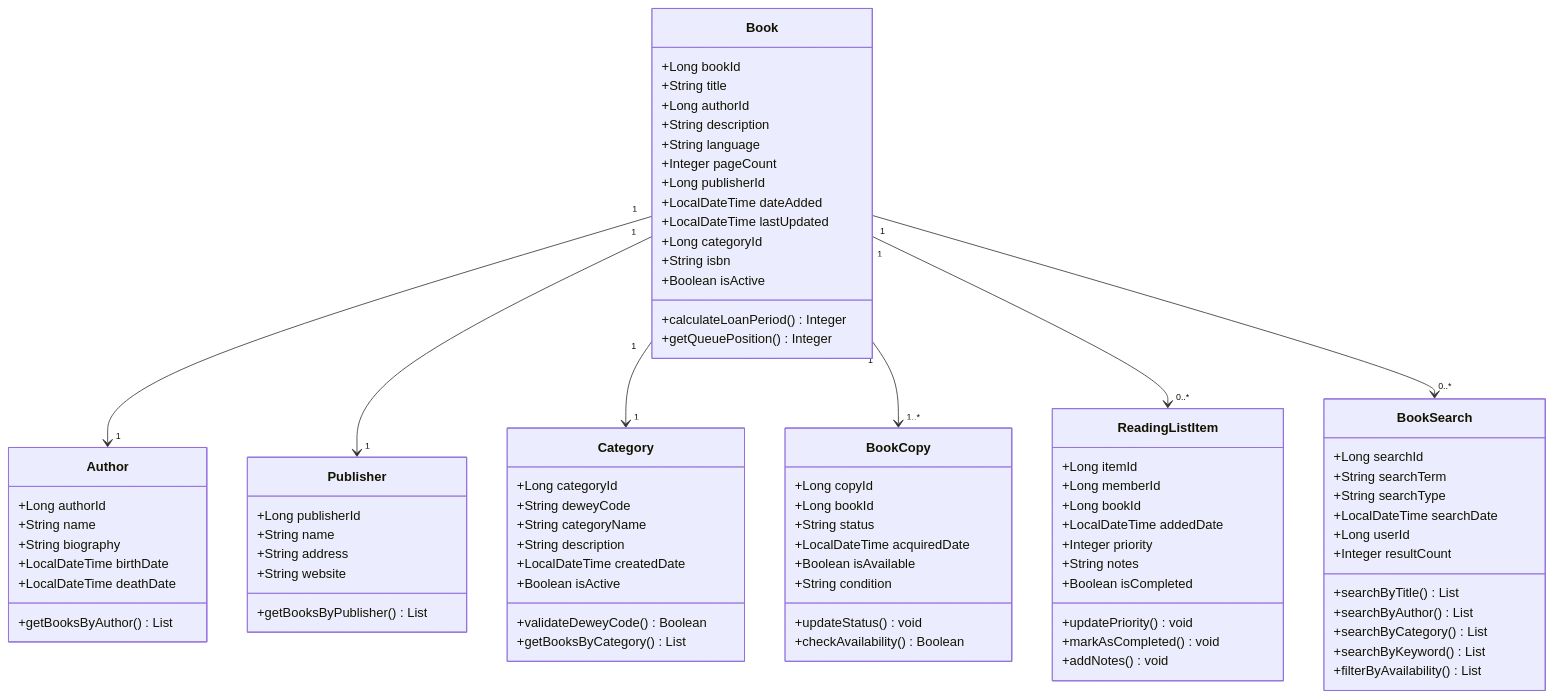
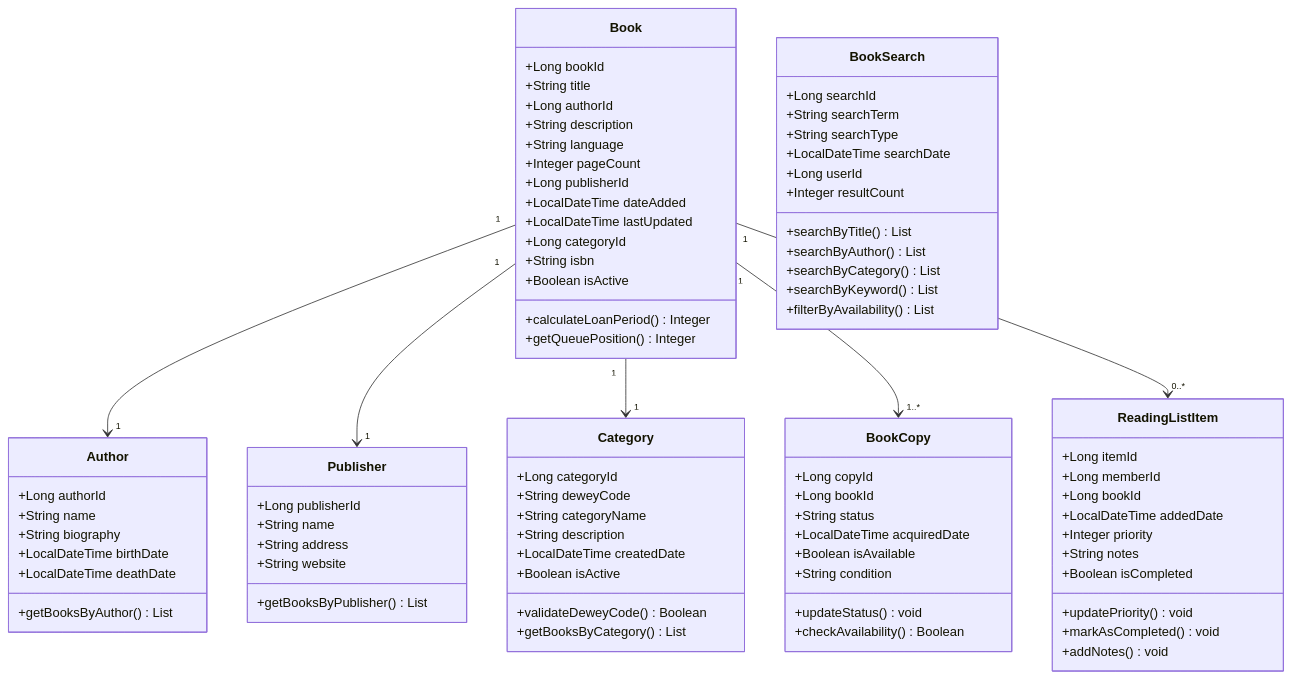
The diagram in uml-diagrams/02-book-inventory-class-diagram.mmd (cagricakmaktepe/davon-library-system), drawn with Mermaid before and after one commit. The commit also changed 2 other files, not shown here.

Commit message:
uml değişikliklikleri

```diff
--- a/uml-diagrams/02-book-inventory-class-diagram.mmd
+++ b/uml-diagrams/02-book-inventory-class-diagram.mmd
@@ -1,90 +1,89 @@
 classDiagram
     class Book {
         +Long bookId
         +String title
         +Long authorId
         +String description
         +String language
         +Integer pageCount
         +Long publisherId
         +LocalDateTime dateAdded
         +LocalDateTime lastUpdated
         +Long categoryId
         +String isbn
         +Boolean isActive
         +calculateLoanPeriod() Integer
         +getQueuePosition() Integer
     }
     
     class Author {
         +Long authorId
         +String name
         +String biography
         +LocalDateTime birthDate
         +LocalDateTime deathDate
         +getBooksByAuthor() List
     }
     
     class Publisher {
         +Long publisherId
         +String name
         +String address
         +String website
         +getBooksByPublisher() List
     }
     
     class Category {
         +Long categoryId
         +String deweyCode
         +String categoryName
         +String description
         +LocalDateTime createdDate
         +Boolean isActive
         +validateDeweyCode() Boolean
         +getBooksByCategory() List
     }
     
     class BookCopy {
         +Long copyId
         +Long bookId
         +String status
         +LocalDateTime acquiredDate
         +Boolean isAvailable
         +String condition
         +updateStatus() void
         +checkAvailability() Boolean
     }
     
     class BookSearch {
         +Long searchId
         +String searchTerm
         +String searchType
         +LocalDateTime searchDate
         +Long userId
         +Integer resultCount
         +searchByTitle() List
         +searchByAuthor() List
         +searchByCategory() List
         +searchByKeyword() List
         +filterByAvailability() List
     }
     
     class ReadingListItem {
         +Long itemId
         +Long memberId
         +Long bookId
         +LocalDateTime addedDate
         +Integer priority
         +String notes
         +Boolean isCompleted
         +updatePriority() void
         +markAsCompleted() void
         +addNotes() void
     }
     
     Book "1" --> "1" Author
     Book "1" --> "1" Publisher
     Book "1" --> "1" Category
     Book "1" --> "1..*" BookCopy
     Book "1" --> "0..*" ReadingListItem
-    Book "1" --> "0..*" BookSearch
```
